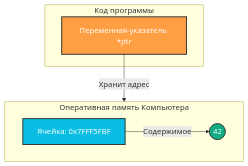
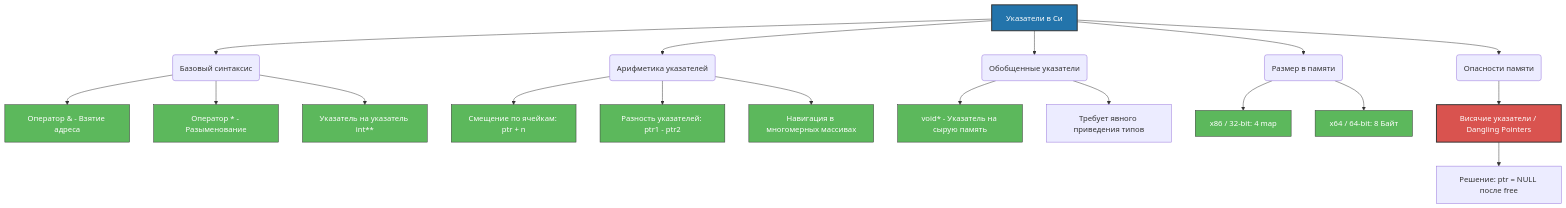
Before and after one commit to kolesnikovvitaliy/LERNING_C: the diagram in EXTREME_C/Основные_возможноти_языка/Указатели_на_переменные/README.md, drawn with Mermaid. The commit also changed other lines of this file and 54 other files, not shown here.

````diff
--- a/EXTREME_C/Основные_возможноти_языка/Указатели_на_переменные/README.md
+++ b/EXTREME_C/Основные_возможноти_языка/Указатели_на_переменные/README.md
@@ -28,15 +10,32 @@
 ```mermaid
 graph TD
-    subgraph RAM [Оперативная память Компьютера]
-        direction LR
-        Addr[Ячейка: 0x7FFF5FBF] -->|Содержимое| Data((42))
-    end
+    %% Стилизация
+    classDef core fill:#2374ab,stroke:#333,stroke-width:2px,color:#fff;
+    classDef danger fill:#d9534f,stroke:#333,stroke-width:2px,color:#fff;
+    classDef Feature fill:#5cb85c,stroke:#333,stroke-width:1px,color:#fff;
 
-    subgraph Program [Код программы]
-        Ptr[Переменная-указатель *ptr] -->|Хранит адрес| Addr
-    end
+    A[Указатели в Си] --> B(Базовый синтаксис)
+    A --> C(Арифметика указателей)
+    A --> D(Обобщенные указатели)
+    A --> E(Размер в памяти)
+    A --> F(Опасности памяти)
 
-    style Ptr fill:#ff9f43,stroke:#333,stroke-width:2px,color:#fff
-    style Addr fill:#0abde3,stroke:#333,stroke-width:2px,color:#fff
-    style Data fill:#10ac84,stroke:#333,stroke-width:2px,color:#fff
+    B --> B1[Оператор & - Взятие адреса]:::Feature
+    B --> B2[Оператор * - Разыменование]:::Feature
+    B --> B3[Указатель на указатель int**]:::Feature
+
+    C --> C1[Смещение по ячейкам: ptr + n]:::Feature
+    C --> C2[Разность указателей: ptr1 - ptr2]:::Feature
+    C --> C3[Навигация в многомерных массивах]:::Feature
+
+    D --> D1[void* - Указатель на сырую память]:::Feature
+    D --> D2[Требует явного приведения типов]
+
+    E --> E1[x86 / 32-bit: 4 map]:::Feature
+    E --> E2[x64 / 64-bit: 8 Байт]:::Feature
+
+    F --> F1[Висячие указатели / Dangling Pointers]:::danger
+    F1 --> F2[Решение: ptr = NULL после free]
+
+    class A core;
 ```
````
